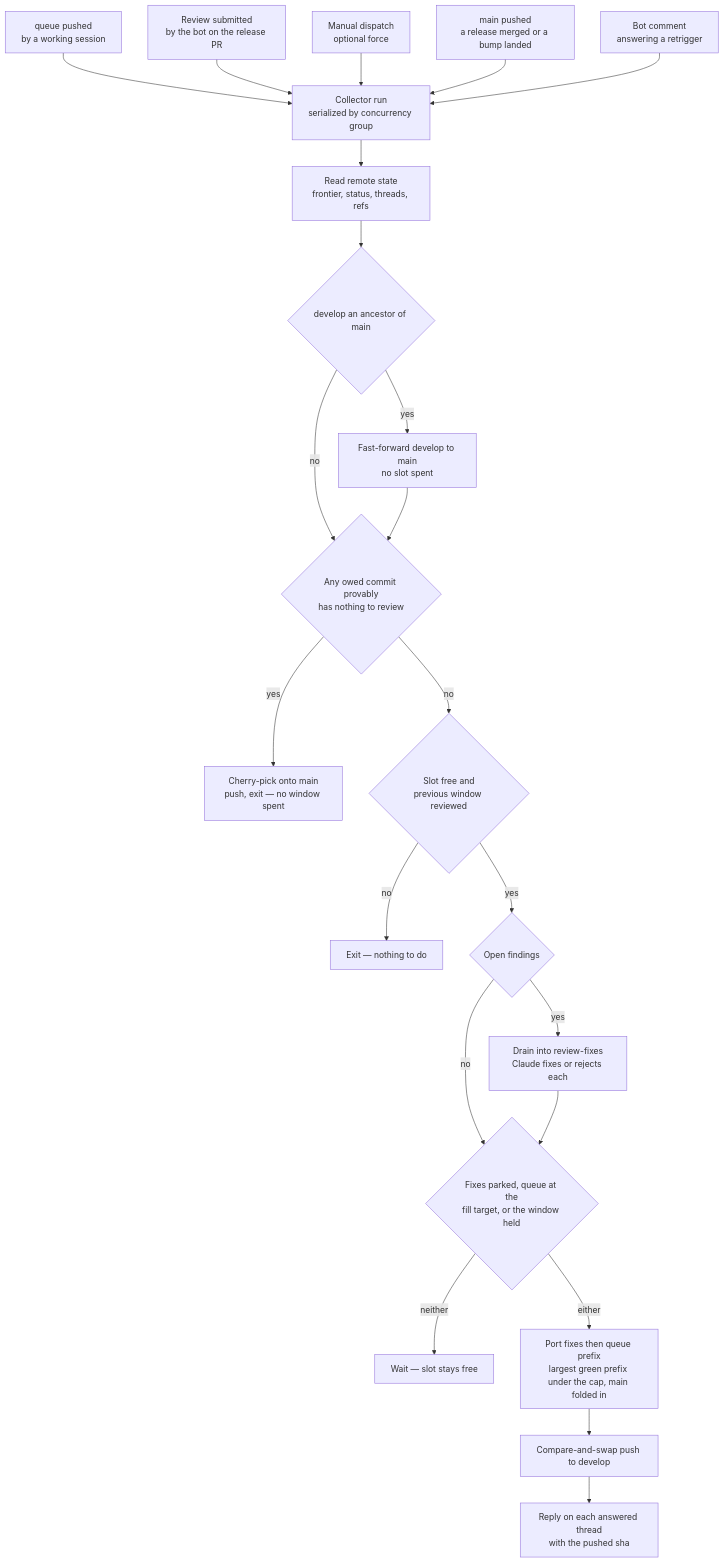
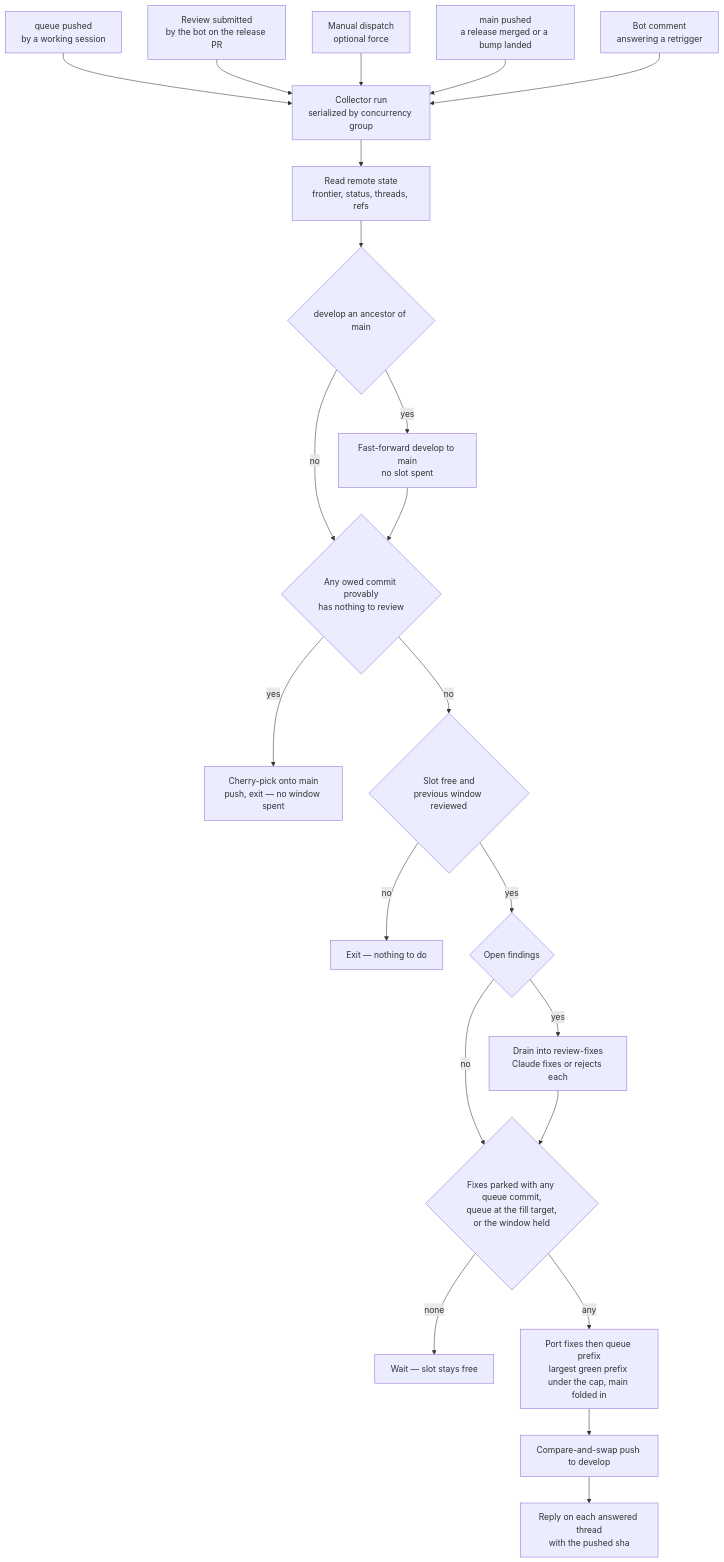
The diagram in apps/web/content/docs/infra/review-collector/index.md (Esposter/Esposter), drawn with Mermaid before and after one commit. The commit also changed other lines of this file and 3 other files, not shown here.

First line of the commit message:
fix(scripts): parked fixes ship alone when the queue's first commit is held

````diff
--- a/apps/web/content/docs/infra/review-collector/index.md
+++ b/apps/web/content/docs/infra/review-collector/index.md
@@ -27,24 +27,24 @@
 ```mermaid
 flowchart TD
   A[queue pushed<br/>by a working session] --> C
   F[Review submitted<br/>by the bot on the release PR] --> C
   D[Manual dispatch<br/>optional force] --> C
   MN[main pushed<br/>a release merged or a bump landed] --> C
   CM[Bot comment<br/>answering a retrigger] --> C
   C[Collector run<br/>serialized by concurrency group] --> R[Read remote state<br/>frontier, status, threads, refs]
   R --> RS{develop an ancestor of main}
   RS -->|yes| FF[Fast-forward develop to main<br/>no slot spent]
   RS -->|no| E
   FF --> E{Any owed commit provably<br/>has nothing to review}
   E -->|yes| EX[Cherry-pick onto main<br/>push, exit — no window spent]
   E -->|no| G{Slot free and<br/>previous window reviewed}
   G -->|no| X[Exit — nothing to do]
   G -->|yes| O{Open findings}
   O -->|yes| DR[Drain into review-fixes<br/>Claude fixes or rejects each]
   O -->|no| P
-  DR --> P{Fixes parked, queue at the<br/>fill target, or the window held}
-  P -->|neither| PK[Wait — slot stays free]
-  P -->|either| W[Port fixes then queue prefix<br/>largest green prefix under the cap, main folded in]
+  DR --> P{Fixes parked with any queue commit,<br/>queue at the fill target,<br/>or the window held}
+  P -->|none| PK[Wait — slot stays free]
+  P -->|any| W[Port fixes then queue prefix<br/>largest green prefix under the cap, main folded in]
   W --> PU[Compare-and-swap push to develop]
   PU --> RP[Reply on each answered thread<br/>with the pushed sha]
 ```
````
